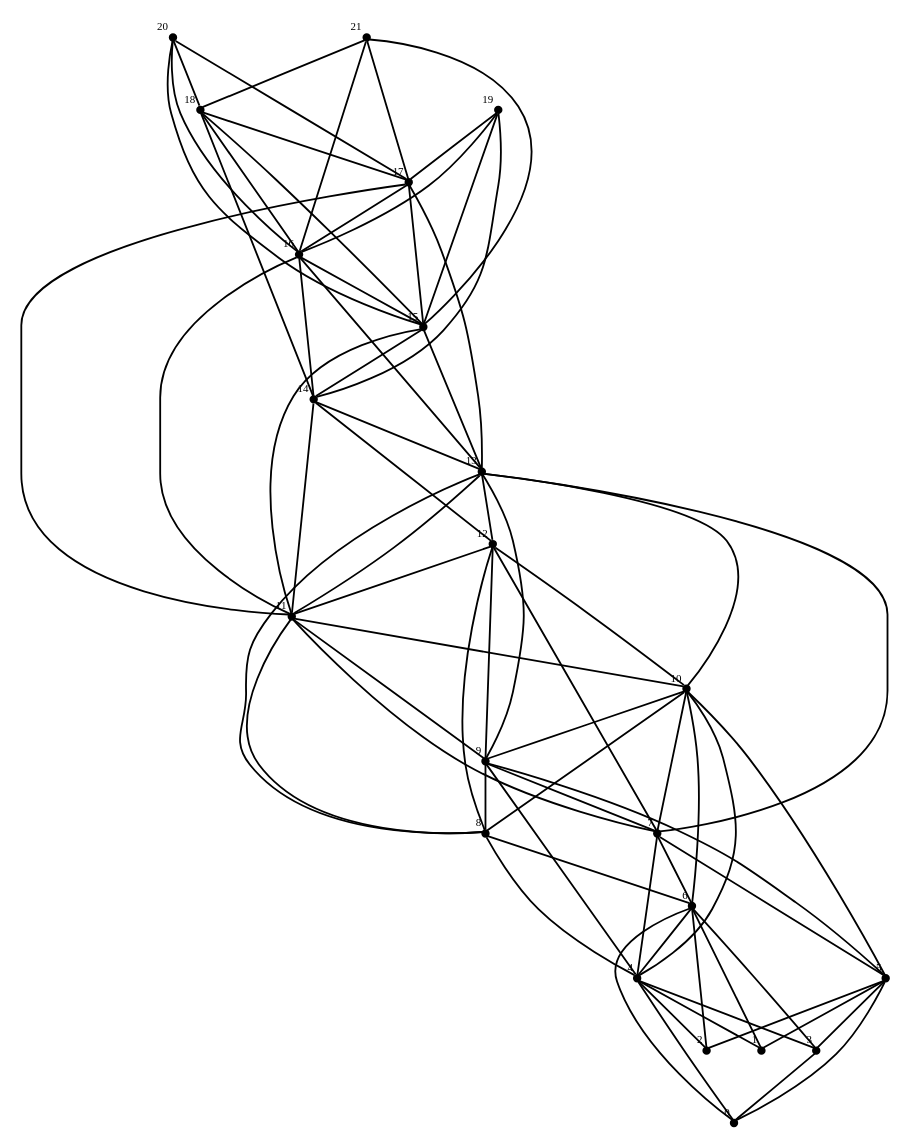
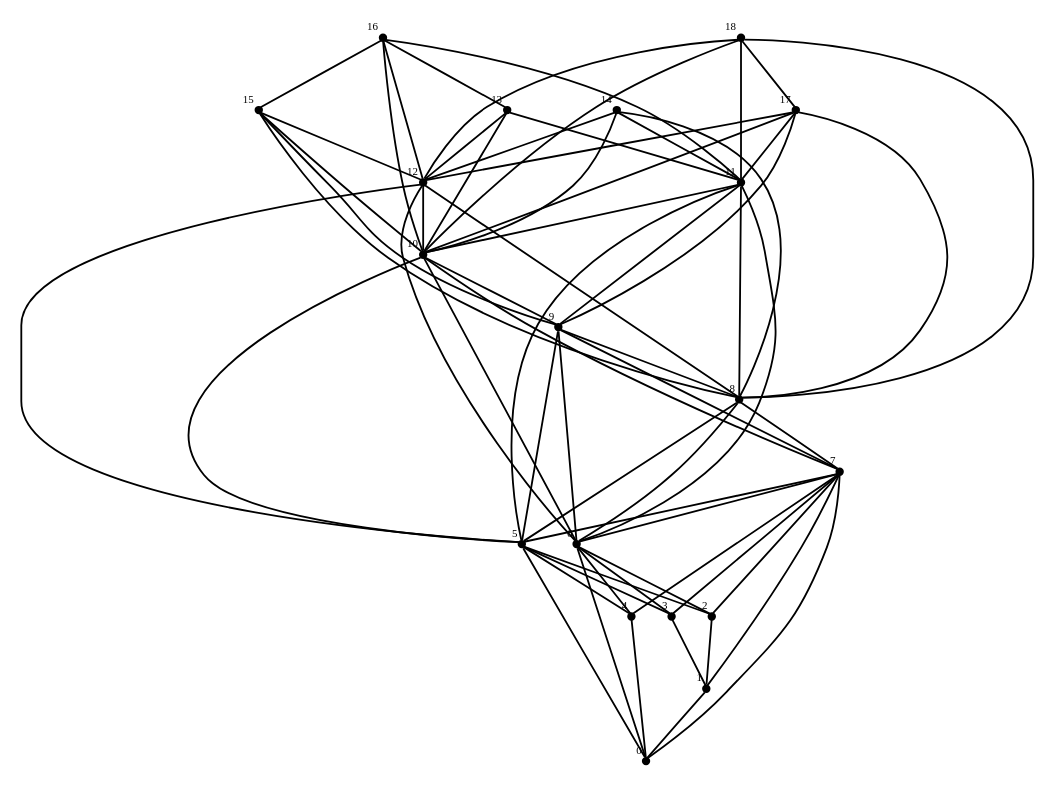
One commit to sksamal/igraph changed the diagram in examples/simple/maa.dot. Above: the diagram before and after it, drawn with Graphviz. The commit also changed 5 other files, not shown here.

```diff
--- a/examples/simple/maa.dot
+++ b/examples/simple/maa.dot
@@ -2,35 +2,35 @@
 graph {
   graph [
     name="Graph G"
-    vertices=22
-    edges=50
+    vertices=19
+    edges=40
   ];
   0 [
-    pos="0.000000,0.000000!"
+    pos="0.000000,1.000000!"
     shape=point
     fontsize=6
     xlabel=0
   ];
   1 [
-    pos="0.000000,1.000000!"
+    pos="-0.100000,2.000000!"
     shape=point
     fontsize=6
     xlabel=1
   ];
   2 [
-    pos="0.000000,2.000000!"
+    pos="0.000000,3.000000!"
     shape=point
     fontsize=6
     xlabel=2
   ];
   3 [
-    pos="0.000000,3.000000!"
+    pos="-0.100000,4.000000!"
     shape=point
     fontsize=6
     xlabel=3
   ];
   4 [
-    pos="1.000000,1.000000!"
+    pos="0.000000,5.000000!"
     shape=point
     fontsize=6
     xlabel=4
@@ -42,13 +42,13 @@
     xlabel=5
   ];
   6 [
-    pos="1.000000,3.000000!"
+    pos="0.900000,3.000000!"
     shape=point
     fontsize=6
     xlabel=6
   ];
   7 [
-    pos="2.000000,0.000000!"
+    pos="1.000000,4.000000!"
     shape=point
     fontsize=6
     xlabel=7
@@ -60,7 +60,7 @@
     xlabel=8
   ];
   9 [
-    pos="2.000000,2.000000!"
+    pos="1.900000,2.000000!"
     shape=point
     fontsize=6
     xlabel=9
@@ -72,144 +72,117 @@
     xlabel=10
   ];
   11 [
-    pos="3.000000,1.000000!"
+    pos="1.900000,4.000000!"
     shape=point
     fontsize=6
     xlabel=11
   ];
   12 [
-    pos="3.000000,2.000000!"
+    pos="2.000000,5.000000!"
     shape=point
     fontsize=6
     xlabel=12
   ];
   13 [
-    pos="3.000000,3.000000!"
+    pos="3.000000,0.000000!"
     shape=point
     fontsize=6
     xlabel=13
   ];
   14 [
-    pos="4.000000,0.000000!"
+    pos="2.900000,1.000000!"
     shape=point
     fontsize=6
     xlabel=14
   ];
   15 [
-    pos="4.000000,1.000000!"
+    pos="3.000000,2.000000!"
     shape=point
     fontsize=6
     xlabel=15
   ];
   16 [
-    pos="4.000000,2.000000!"
+    pos="2.900000,3.000000!"
     shape=point
     fontsize=6
     xlabel=16
   ];
   17 [
-    pos="4.000000,3.000000!"
+    pos="3.000000,4.000000!"
     shape=point
     fontsize=6
     xlabel=17
   ];
   18 [
-    pos="5.000000,0.000000!"
+    pos="2.900000,5.000000!"
     shape=point
     fontsize=6
     xlabel=18
   ];
-  19 [
-    pos="5.000000,1.000000!"
-    shape=point
-    fontsize=6
-    xlabel=19
-  ];
-  20 [
-    pos="5.000000,2.000000!"
-    shape=point
-    fontsize=6
-    xlabel=20
-  ];
-  21 [
-    pos="5.000000,3.000000!"
-    shape=point
-    fontsize=6
-    xlabel=21
-  ];
 
+  7 -- 0;
   5 -- 0;
-  6 -- 0;
-  4 -- 0;
-  4 -- 1;
-  6 -- 1;
-  5 -- 1;
+  1 -- 0;
+  7 -- 1;
+  3 -- 1;
+  5 -- 2;
   6 -- 2;
-  4 -- 2;
-  5 -- 2;
+  2 -- 1;
   6 -- 3;
   5 -- 3;
-  3 -- 0;
-  10 -- 4;
+  5 -- 4;
+  6 -- 4;
+  7 -- 4;
+  4 -- 0;
   9 -- 5;
+  11 -- 6;
+  7 -- 6;
+  8 -- 7;
+  18 -- 8;
+  8 -- 5;
+  17 -- 9;
+  9 -- 6;
+  16 -- 10;
+  10 -- 5;
+  18 -- 10;
+  18 -- 11;
+  11 -- 8;
+  17 -- 12;
+  12 -- 6;
+  14 -- 12;
+  13 -- 11;
+  13 -- 10;
+  16 -- 13;
+  14 -- 10;
+  14 -- 11;
+  15 -- 9;
+  15 -- 12;
+  16 -- 15;
+  17 -- 10;
+  18 -- 17;
   10 -- 6;
-  6 -- 4;
-  12 -- 7;
+  8 -- 6;
   7 -- 5;
-  13 -- 7;
+  10 -- 7;
+  9 -- 7;
+  18 -- 12;
+  16 -- 12;
+  13 -- 12;
   12 -- 8;
-  8 -- 4;
-  13 -- 8;
+  17 -- 11;
+  16 -- 11;
   11 -- 9;
-  9 -- 4;
-  13 -- 9;
+  6 -- 0;
+  15 -- 10;
+  10 -- 9;
+  17 -- 8;
+  15 -- 8;
+  14 -- 8;
+  7 -- 3;
+  7 -- 2;
+  9 -- 8;
+  12 -- 10;
   11 -- 10;
-  14 -- 11;
-  12 -- 11;
-  14 -- 12;
-  14 -- 13;
-  19 -- 14;
-  15 -- 14;
-  20 -- 15;
-  15 -- 13;
-  18 -- 15;
-  20 -- 16;
-  16 -- 11;
-  16 -- 15;
-  18 -- 17;
-  17 -- 13;
-  20 -- 17;
-  17 -- 15;
-  18 -- 14;
-  20 -- 18;
-  19 -- 17;
-  19 -- 15;
-  21 -- 16;
-  21 -- 17;
-  21 -- 15;
-  21 -- 18;
-  7 -- 4;
-  4 -- 3;
-  10 -- 7;
-  11 -- 7;
-  10 -- 9;
-  13 -- 10;
-  12 -- 10;
-  9 -- 8;
-  10 -- 8;
-  7 -- 6;
-  9 -- 7;
-  17 -- 11;
-  15 -- 11;
-  8 -- 6;
-  13 -- 12;
-  10 -- 5;
-  13 -- 11;
-  11 -- 8;
-  12 -- 9;
-  19 -- 16;
-  18 -- 16;
-  17 -- 16;
-  16 -- 14;
-  16 -- 13;
+  11 -- 5;
+  12 -- 5;
 }
```
